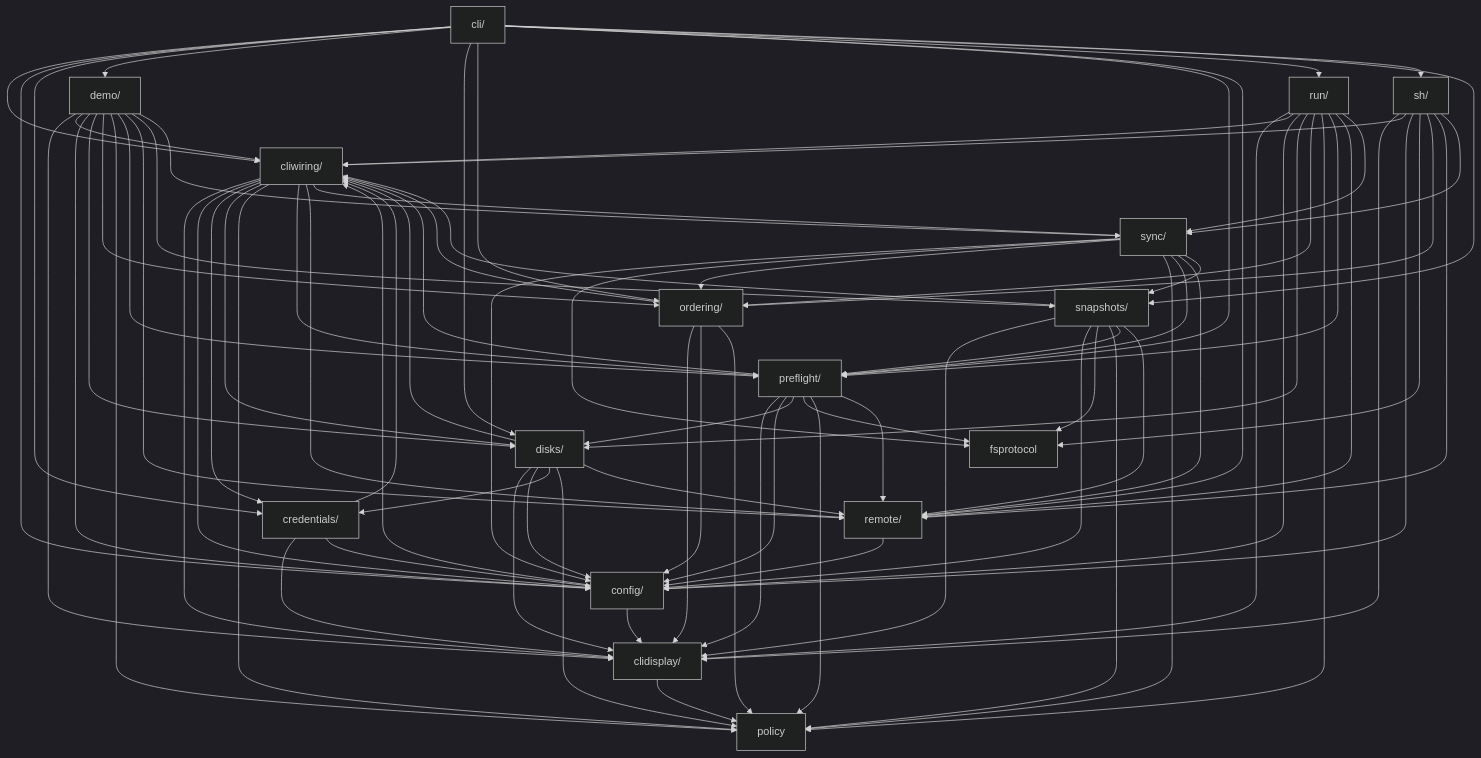
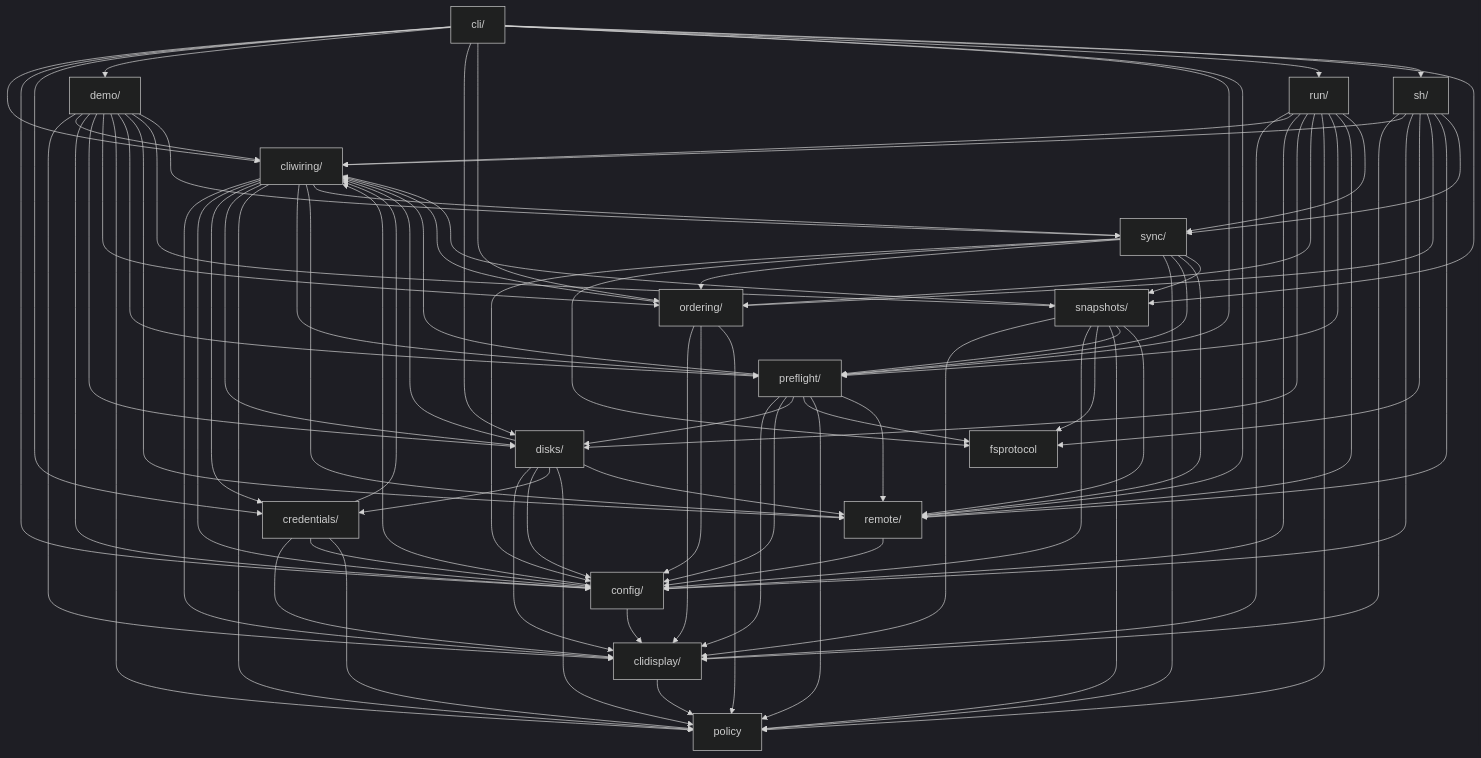
The diagram in docs/architecture.md (iglootools/nbkp), drawn with Mermaid (dark theme) before and after one commit. The commit also changed 1 other file, not shown here.

Commit message:
refactor: render keyring-status through the shared severity helpers
_status_text hardcoded a green "✓" and a red "✗", while every other
command takes its symbols and colours from severity_symbol and
severity_style, so a change to how a severity looks would have missed
this table. The output is unchanged (Module Overview regenerated with
`mise run depgraph` for the new credentials -> policy edge).

```diff
--- a/docs/architecture.md
+++ b/docs/architecture.md
@@ -95,6 +95,7 @@
     credentials --> clidisplay
     credentials --> cliwiring
     credentials --> config
+    credentials --> policy
     demo --> clidisplay
     demo --> cliwiring
     demo --> config
```
